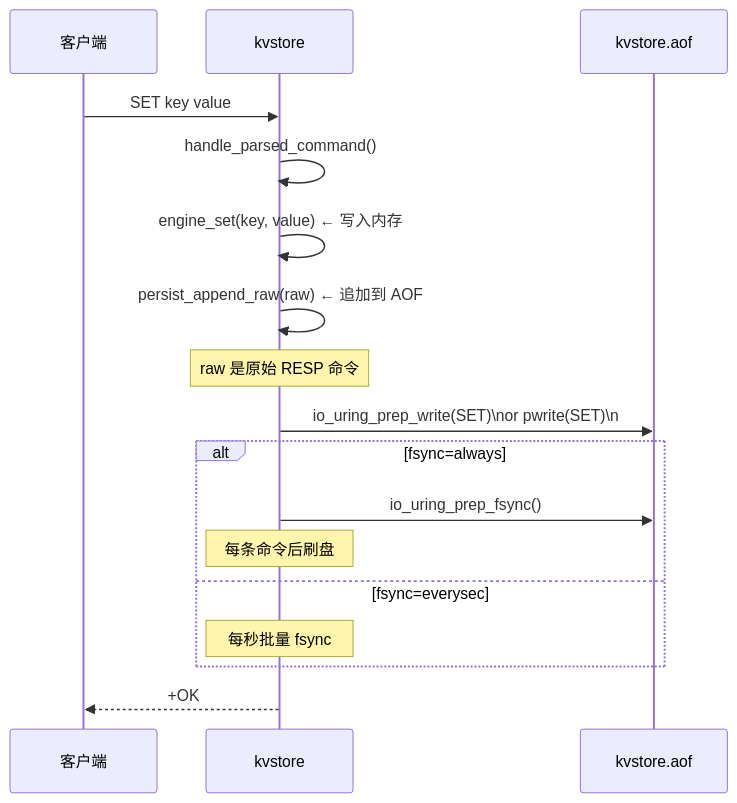
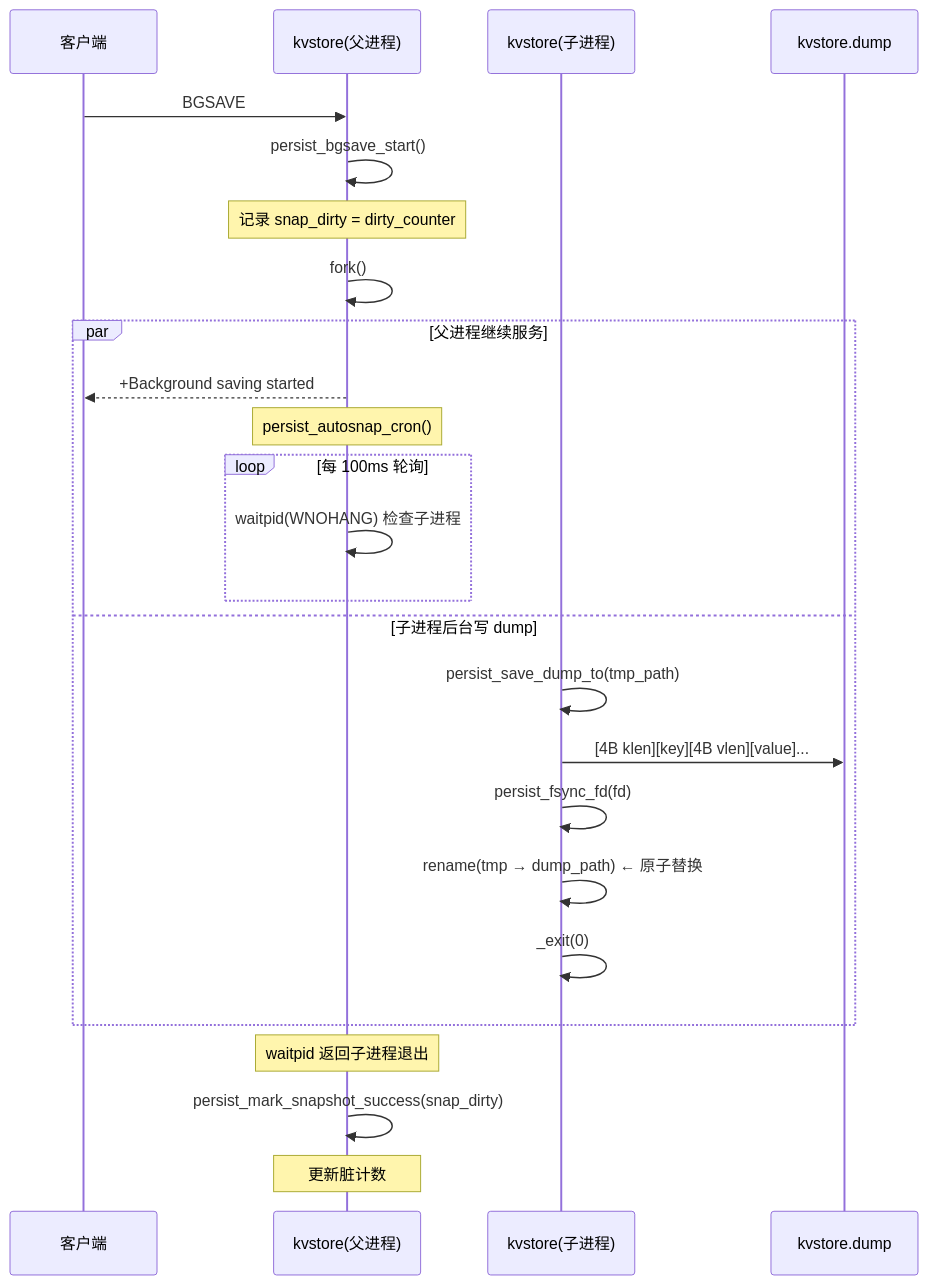
The ninth of 14 diagrams in README.md (robotlover-1/kvstore), drawn with Mermaid before and after one commit. The commit also changed other lines of this file and 19 other files, not shown here.

````diff
--- a/README.md
+++ b/README.md
@@ -861,20 +1705,30 @@
 ```mermaid
 sequenceDiagram
     participant C as 客户端
-    participant K as kvstore
-    participant A as kvstore.aof
+    participant K as kvstore(父进程)
+    participant CH as kvstore(子进程)
+    participant F as kvstore.dump
 
-    C->>K: SET key value
-    K->>K: handle_parsed_command()
-    K->>K: engine_set(key, value)     ← 写入内存
-    K->>K: persist_append_raw(raw)    ← 追加到 AOF
-    Note over K: raw 是原始 RESP 命令
-    K->>A: io_uring_prep_write(SET)\nor pwrite(SET)\n
-    alt fsync=always
-        K->>A: io_uring_prep_fsync()
-        Note over K: 每条命令后刷盘
-    else fsync=everysec
-        Note over K: 每秒批量 fsync
+    C->>K: BGSAVE
+    K->>K: persist_bgsave_start()
+    Note over K: 记录 snap_dirty = dirty_counter
+    K->>K: fork()
+
+    par 父进程继续服务
+        K-->>C: +Background saving started
+        Note over K: persist_autosnap_cron()
+        loop 每 100ms 轮询
+            K->>K: waitpid(WNOHANG) 检查子进程
+        end
+    and 子进程后台写 dump
+        CH->>CH: persist_save_dump_to(tmp_path)
+        CH->>F: [4B klen][key][4B vlen][value]...
+        CH->>CH: persist_fsync_fd(fd)
+        CH->>CH: rename(tmp → dump_path)  ← 原子替换
+        CH->>CH: _exit(0)
     end
-    K-->>C: +OK
+
+    Note over K: waitpid 返回子进程退出
+    K->>K: persist_mark_snapshot_success(snap_dirty)
+    Note over K: 更新脏计数
 ```
````
